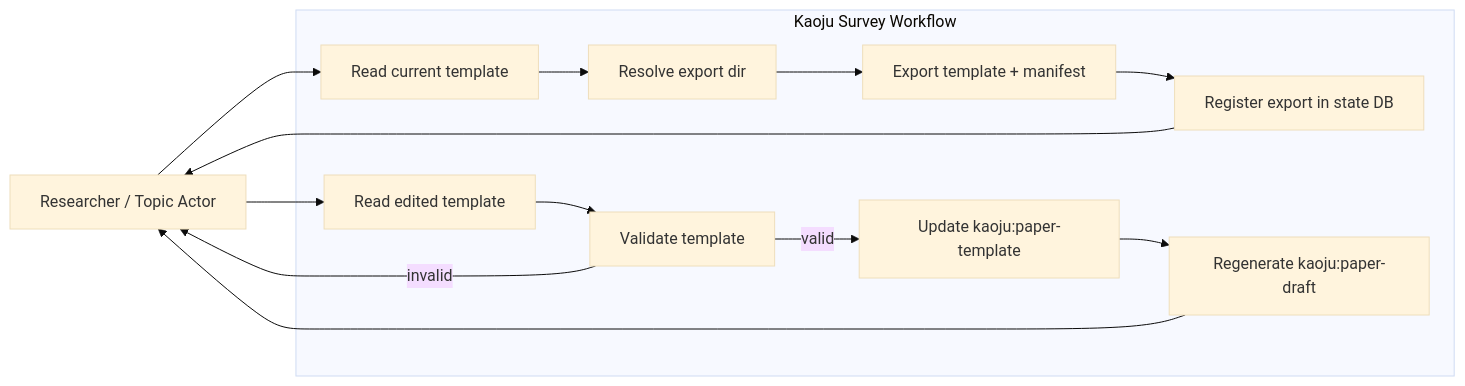
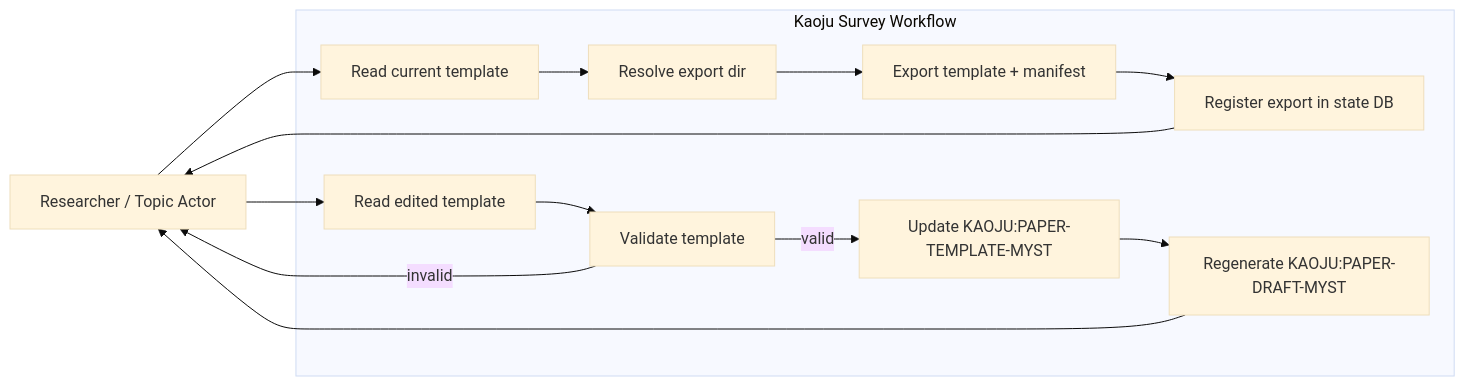
The first of 2 diagrams in context/features/2026-07-14-kaoju-survey-process-usecases/usecases/uc-05-paper-template-manual-editing-and-apply.md (CodeGandee/isomer-labs), drawn with Mermaid (base theme) before and after one commit. The commit also changed other lines of this file and 309 other files, not shown here.

````diff
--- a/context/features/2026-07-14-kaoju-survey-process-usecases/usecases/uc-05-paper-template-manual-editing-and-apply.md
+++ b/context/features/2026-07-14-kaoju-survey-process-usecases/usecases/uc-05-paper-template-manual-editing-and-apply.md
@@ -69,27 +69,27 @@
 ```mermaid
 flowchart LR
   Actor[Researcher / Topic Actor]
 
   subgraph System[Kaoju Survey Workflow]
     ReadTemplate[Read current template]
     ResolveDir[Resolve export dir]
     Export[Export template + manifest]
     RegisterExport[Register export in state DB]
     ReadBack[Read edited template]
     Validate[Validate template]
-    UpdateTemplate[Update kaoju:paper-template]
-    Regenerate[Regenerate kaoju:paper-draft]
+    UpdateTemplate[Update KAOJU:PAPER-TEMPLATE-MYST]
+    Regenerate[Regenerate KAOJU:PAPER-DRAFT-MYST]
   end
 
   Actor --> ReadTemplate
   ReadTemplate --> ResolveDir
   ResolveDir --> Export
   Export --> RegisterExport
   RegisterExport --> Actor
   Actor --> ReadBack
   ReadBack --> Validate
   Validate -->|valid| UpdateTemplate
   Validate -->|invalid| Actor
   UpdateTemplate --> Regenerate
   Regenerate --> Actor
 ```
````
